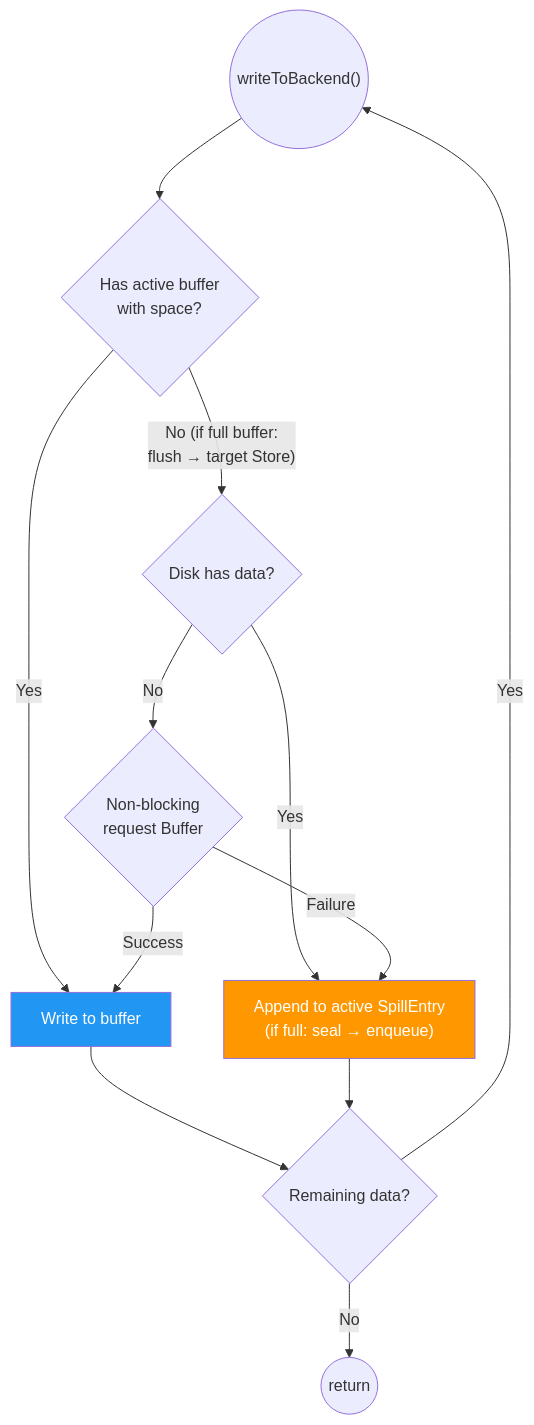
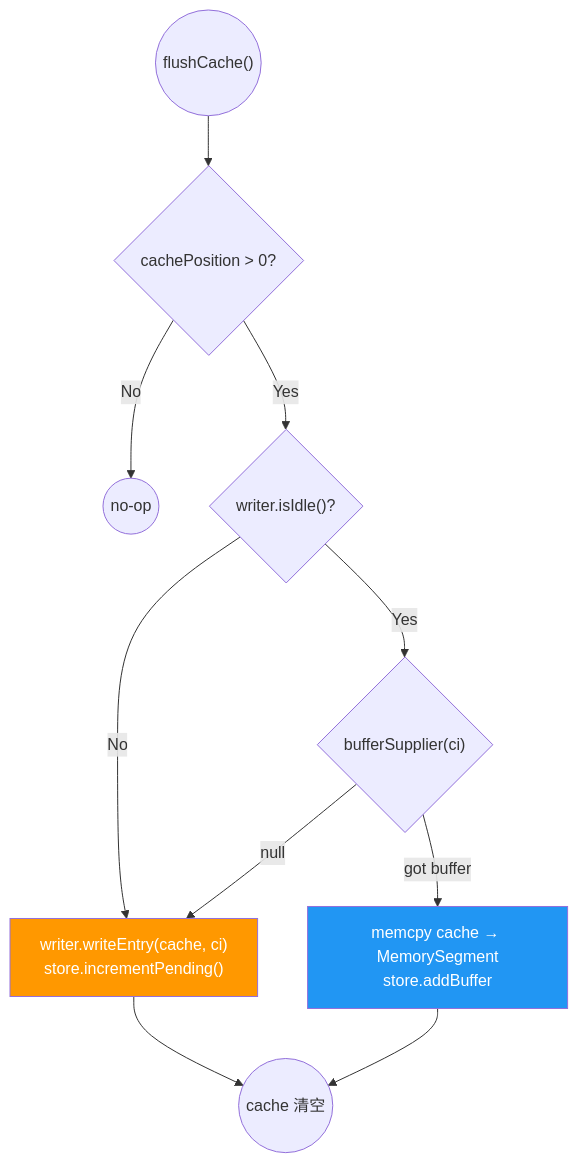
One commit to 1996fanrui/flink changed the fifth of 7 diagrams in requirements/38544/data_flow.md. Above: the diagram before and after it, drawn with Mermaid. The commit also changed other lines of this file and 1 other file, not shown here.

First line of the commit message:
[FLINK-38544][docs] Revise data_flow + architecture_overview for final design

````diff
--- a/requirements/38544/data_flow.md
+++ b/requirements/38544/data_flow.md
@@ -159,21 +127,19 @@
 ```mermaid
 flowchart TD
-    WTB(("writeToBackend()")) --> Active{"Has active buffer<br/>with space?"}
-    Active -- Yes --> WriteBuf["Write to buffer"]
-    WriteBuf --> Remain{"Remaining data?"}
-    Remain -- No --> Done(("return"))
-    Remain -- Yes --> WTB
+    F(("flushCache()")) --> Empty{"cachePosition > 0?"}
+    Empty -- No --> Nop(("no-op"))
+    Empty -- Yes --> IsIdle{"writer.isIdle()?"}
 
-    Active -- "No (if full buffer:<br/>flush → target Store)" --> DiskCheck
+    IsIdle -- No --> P2
+    IsIdle -- Yes --> ReqBuf{"bufferSupplier(ci)"}
+    ReqBuf -- null --> P2
+    ReqBuf -- got buffer --> P1["memcpy cache → MemorySegment<br/>store.addBuffer"]
 
-    DiskCheck{"Disk has data?"}
-    DiskCheck -- Yes --> WriteFile["Append to active SpillEntry<br/>(if full: seal → enqueue)"]
-    DiskCheck -- No --> ReqBuf{"Non-blocking<br/>request Buffer"}
-    ReqBuf -- Success --> WriteBuf
-    ReqBuf -- Failure --> WriteFile
+    P2["writer.writeEntry(cache, ci)<br/>store.incrementPending()"]
 
-    WriteFile --> Remain
+    P1 --> Reset(("cache 清空"))
+    P2 --> Reset
 
-    style WriteBuf fill:#2196F3,color:#fff
-    style WriteFile fill:#FF9800,color:#fff
+    style P1 fill:#2196F3,color:#fff
+    style P2 fill:#FF9800,color:#fff
 ```
````
